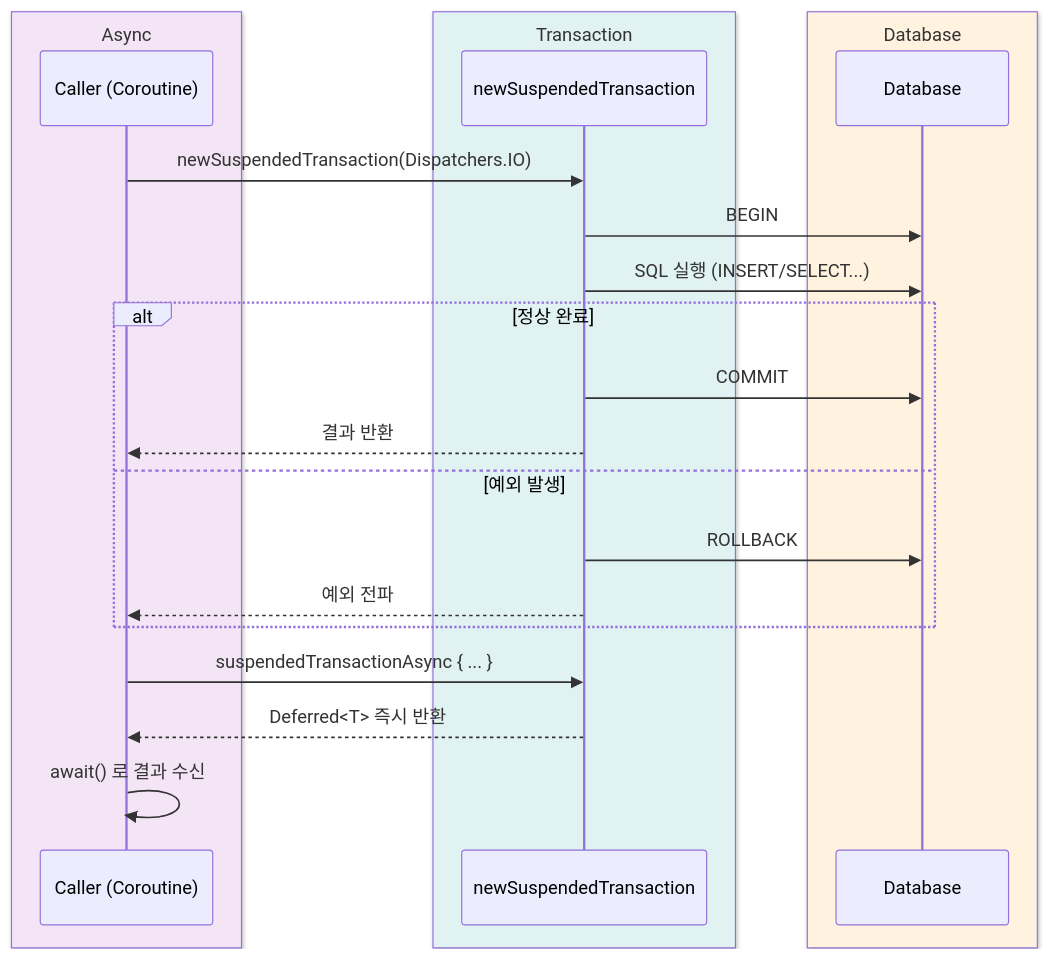
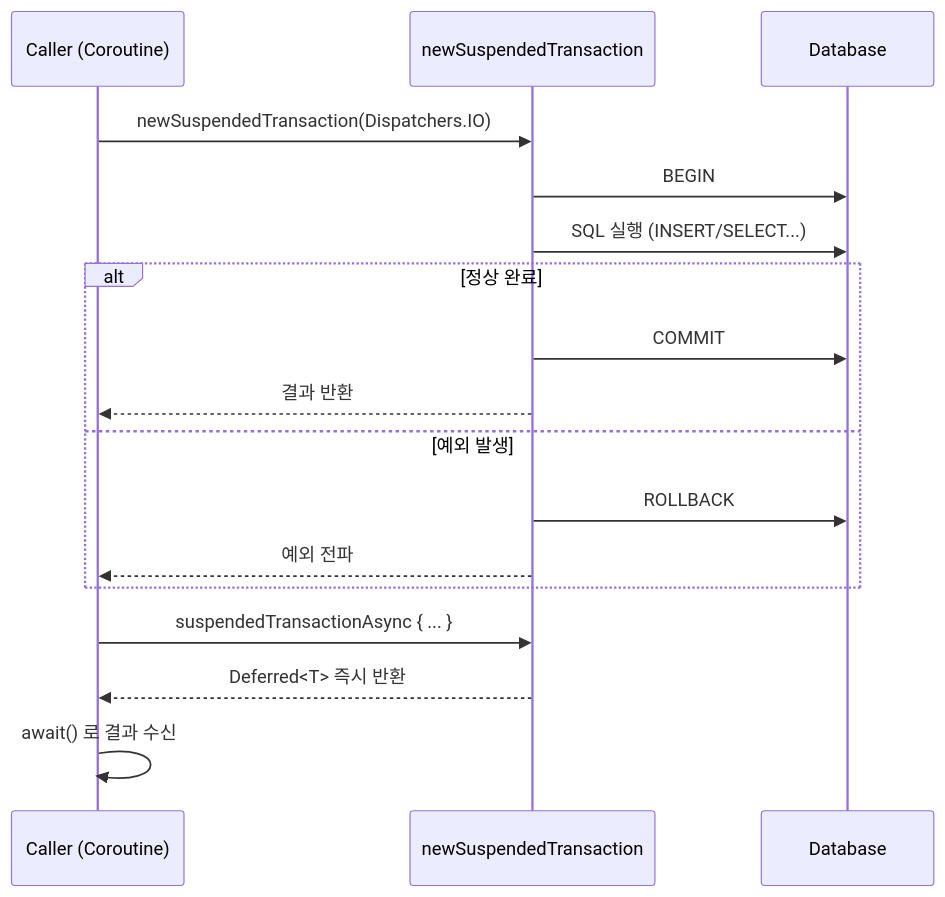
One commit to bluetape4k/exposed-workshop changed the second of 2 diagrams in 05-exposed-dml/04-transactions/README.ko.md. Above: the diagram before and after it, drawn with Mermaid. The commit also changed 42 other files, not shown here.

First line of the commit message:
docs: sequence diagram에서 box rgb() 제거 (option 1 - GitHub dark mode 기본 렌더링 사용)

````diff
--- a/05-exposed-dml/04-transactions/README.ko.md
+++ b/05-exposed-dml/04-transactions/README.ko.md
@@ -132,28 +132,22 @@
 ```mermaid
 %%{init: {"theme": "neutral", "themeVariables": {"fontFamily": "'Comic Mono', 'goorm sans code', 'JetBrains Mono', 'goorm sans'"}}}%%
 sequenceDiagram
-    box rgb(243, 229, 245) Async
-        participant C as Caller (Coroutine)
-    end
-    box rgb(224, 242, 241) Transaction
-        participant T as newSuspendedTransaction
-    end
-    box rgb(255, 243, 224) Database
-        participant DB as Database
-    end
+    participant C as Caller (Coroutine)
+    participant T as newSuspendedTransaction
+    participant DB as Database
 
     C ->> T: newSuspendedTransaction(Dispatchers.IO)
     T ->> DB: BEGIN
     T ->> DB: SQL 실행 (INSERT/SELECT...)
     alt 정상 완료
         T ->> DB: COMMIT
         T -->> C: 결과 반환
     else 예외 발생
         T ->> DB: ROLLBACK
         T -->> C: 예외 전파
     end
 
     C ->> T: suspendedTransactionAsync { ... }
     T -->> C: Deferred<T> 즉시 반환
     C ->> C: await() 로 결과 수신
 ```
````
